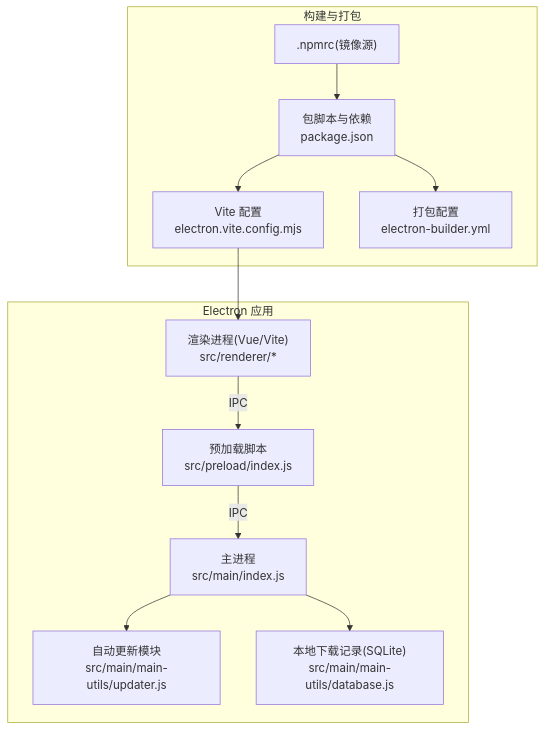
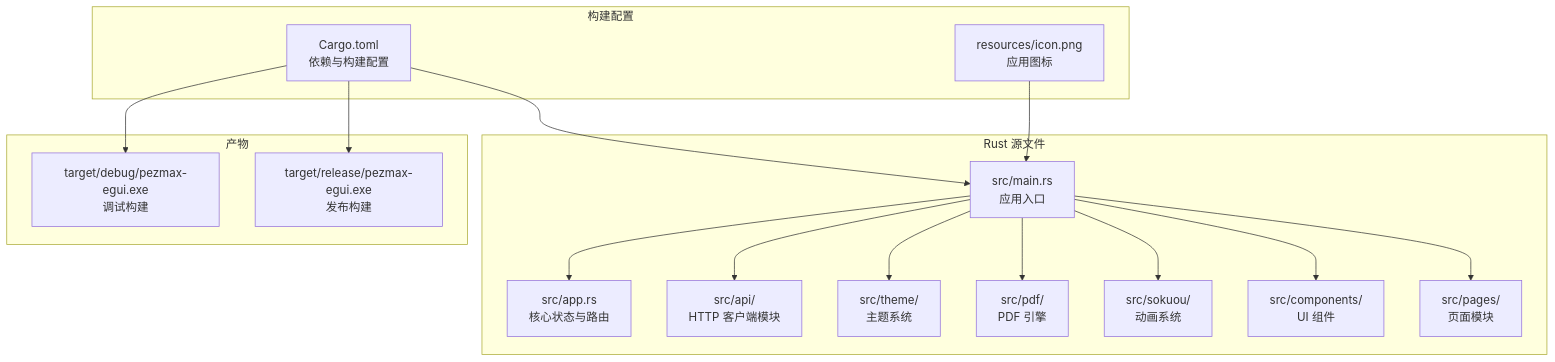
Before and after one commit to PezMax/PezMax-One: the first of 3 diagrams in repowiki/zh/content/桌面应用开发/构建与部署.md, drawn with Mermaid. The commit also changed other lines of this file and 12 other files, not shown here.

First line of the commit message:
docs: 同步文档至 Rust + egui 原生架构

````diff
--- a/repowiki/zh/content/桌面应用开发/构建与部署.md
+++ b/repowiki/zh/content/桌面应用开发/构建与部署.md
@@ -34,24 +30,32 @@
 ```mermaid
 graph TB
-subgraph "Electron 应用"
-Main["主进程<br/>src/main/index.js"]
-Preload["预加载脚本<br/>src/preload/index.js"]
-Renderer["渲染进程(Vue/Vite)<br/>src/renderer/*"]
-Updater["自动更新模块<br/>src/main/main-utils/updater.js"]
-DB["本地下载记录(SQLite)<br/>src/main/main-utils/database.js"]
+subgraph "Rust 源文件"
+Main["src/main.rs<br/>应用入口"]
+App["src/app.rs<br/>核心状态与路由"]
+Api["src/api/<br/>HTTP 客户端模块"]
+Theme["src/theme/<br/>主题系统"]
+Pdf["src/pdf/<br/>PDF 引擎"]
+Sokuou["src/sokuou/<br/>动画系统"]
+Components["src/components/<br/>UI 组件"]
+Pages["src/pages/<br/>页面模块"]
 end
-subgraph "构建与打包"
-EVite["Vite 配置<br/>electron.vite.config.mjs"]
-EB["打包配置<br/>electron-builder.yml"]
-Pkg["包脚本与依赖<br/>package.json"]
-NPMRC[".npmrc(镜像源)"]
+subgraph "构建配置"
+Cargo["Cargo.toml<br/>依赖与构建配置"]
+Icon["resources/icon.png<br/>应用图标"]
 end
-Renderer --> |IPC| Preload
-Preload --> |IPC| Main
-Main --> Updater
-Main --> DB
-EVite --> Renderer
-Pkg --> EVite
-Pkg --> EB
-NPMRC --> Pkg
+subgraph "产物"
+Debug["target/debug/pezmax-egui.exe<br/>调试构建"]
+Release["target/release/pezmax-egui.exe<br/>发布构建"]
+end
+Cargo --> Main
+Main --> App
+Main --> Api
+Main --> Theme
+Main --> Pdf
+Main --> Sokuou
+Main --> Components
+Main --> Pages
+Icon --> Main
+Cargo --> Debug
+Cargo --> Release
 ```
````
